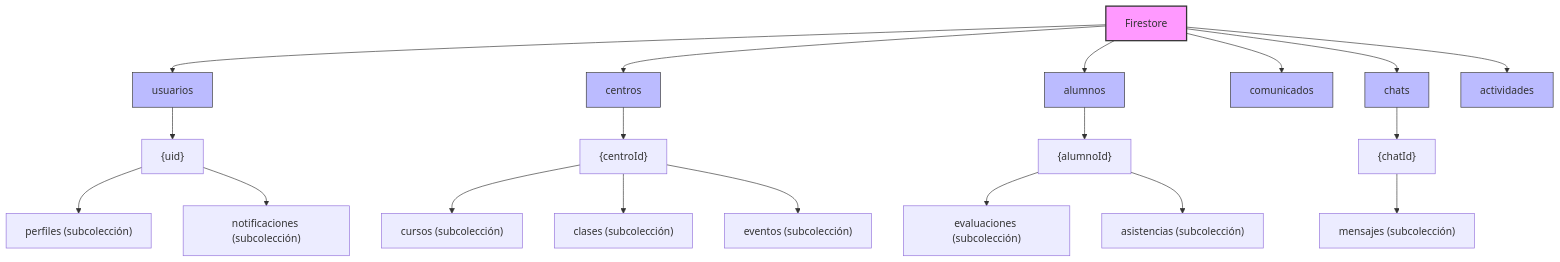
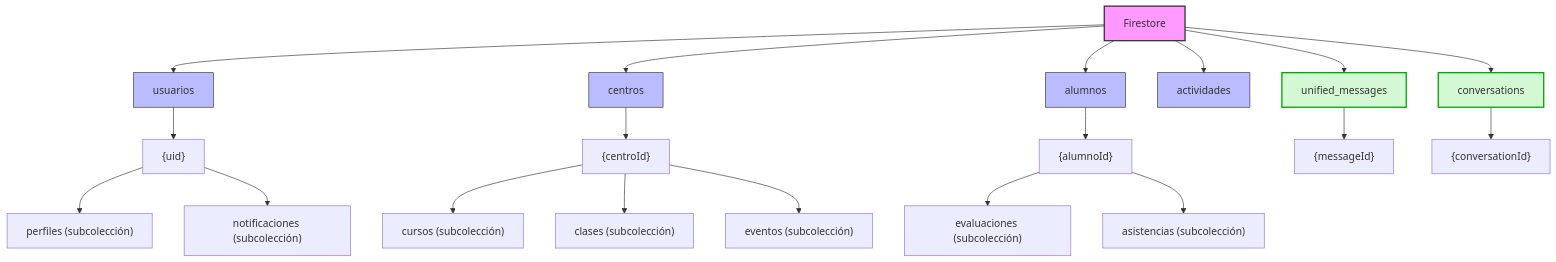
The first of 5 diagrams in docs/Estructura_Base_Datos.md (Nojabeach/UmeEgunero), drawn with Mermaid before and after one commit. The commit also changed other lines of this file and 112 other files, not shown here.

````diff
--- a/docs/Estructura_Base_Datos.md
+++ b/docs/Estructura_Base_Datos.md
@@ -13,33 +13,34 @@
 ```mermaid
 graph TD
     Firestore[Firestore] --> Usuarios[usuarios]
     Firestore --> Centros[centros]
     Firestore --> Alumnos[alumnos]
-    Firestore --> Comunicados[comunicados]
-    Firestore --> Chats[chats]
     Firestore --> Actividades[actividades]
+    Firestore --> UnifiedMessages[unified_messages]
+    Firestore --> Conversations[conversations]
     
     Usuarios --> UsuarioDoc["{uid}"]
     UsuarioDoc --> Perfiles["perfiles (subcolección)"]
     UsuarioDoc --> Notif["notificaciones (subcolección)"]
     
     Centros --> CentroDoc["{centroId}"]
     CentroDoc --> Cursos["cursos (subcolección)"]
     CentroDoc --> Clases["clases (subcolección)"]
     CentroDoc --> Eventos["eventos (subcolección)"]
     
     Alumnos --> AlumnoDoc["{alumnoId}"]
     AlumnoDoc --> Eval["evaluaciones (subcolección)"]
     AlumnoDoc --> Asist["asistencias (subcolección)"]
     
-    Chats --> ChatDoc["{chatId}"]
-    ChatDoc --> Mensajes["mensajes (subcolección)"]
+    UnifiedMessages --> MessageDoc["{messageId}"]
+    
+    Conversations --> ConversationDoc["{conversationId}"]
     
     style Firestore fill:#f9f,stroke:#333,stroke-width:2px
     style Usuarios fill:#bbf,stroke:#333,stroke-width:1px
     style Centros fill:#bbf,stroke:#333,stroke-width:1px
     style Alumnos fill:#bbf,stroke:#333,stroke-width:1px
-    style Comunicados fill:#bbf,stroke:#333,stroke-width:1px
-    style Chats fill:#bbf,stroke:#333,stroke-width:1px
     style Actividades fill:#bbf,stroke:#333,stroke-width:1px
+    style UnifiedMessages fill:#d4f8d4,stroke:#00a200,stroke-width:2px
+    style Conversations fill:#d4f8d4,stroke:#00a200,stroke-width:2px
 ```
````
